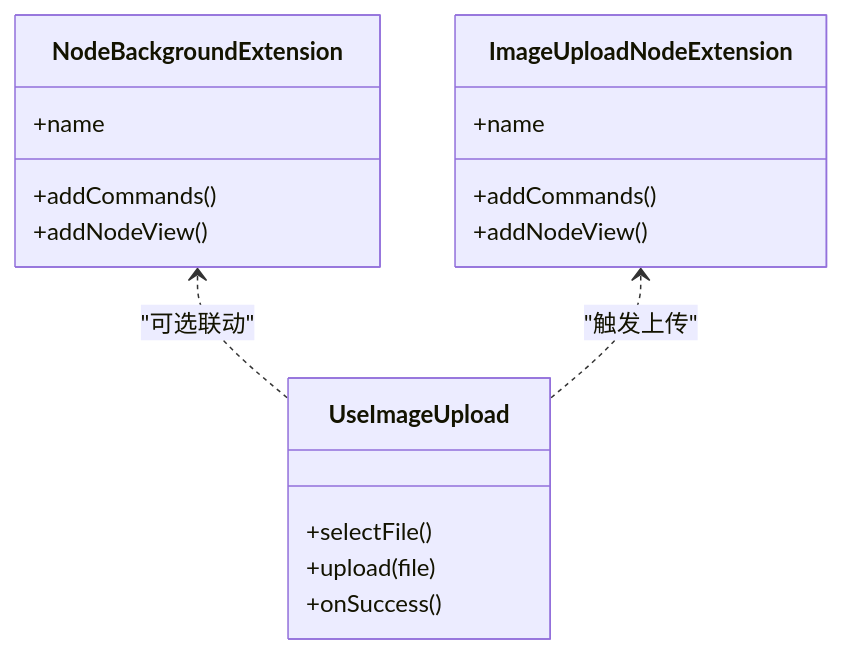
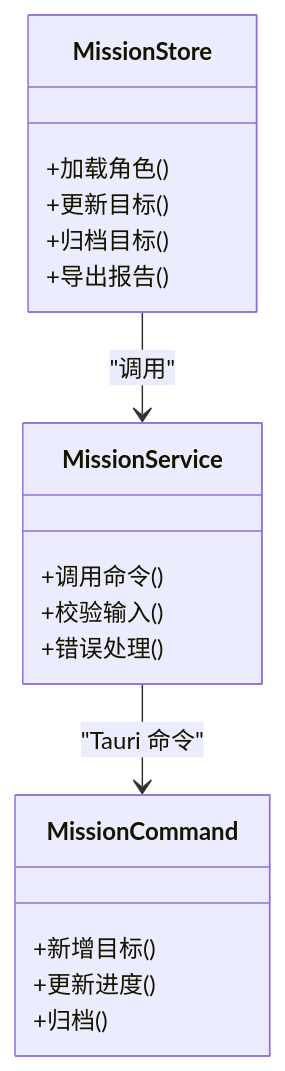
One commit to gzdxhujiale/FishWorker changed the seventh of 11 diagrams in .qoder/repowiki/zh/content/架构设计/架构设计.md. Above: the diagram before and after it, drawn with Mermaid. The commit also changed other lines of this file and 238 other files, not shown here.

````diff
--- a/.qoder/repowiki/zh/content/架构设计/架构设计.md
+++ b/.qoder/repowiki/zh/content/架构设计/架构设计.md
@@ -368,20 +295,21 @@
 ```mermaid
 classDiagram
-class NodeBackgroundExtension {
-+name
-+addCommands()
-+addNodeView()
+class MissionStore {
++加载角色()
++更新目标()
++归档目标()
++导出报告()
 }
-class ImageUploadNodeExtension {
-+name
-+addCommands()
-+addNodeView()
+class MissionService {
++调用命令()
++校验输入()
++错误处理()
 }
-class UseImageUpload {
-+selectFile()
-+upload(file)
-+onSuccess()
+class MissionCommand {
++新增目标()
++更新进度()
++归档()
 }
-NodeBackgroundExtension <.. UseImageUpload : "可选联动"
-ImageUploadNodeExtension <.. UseImageUpload : "触发上传"
+MissionStore --> MissionService : "调用"
+MissionService --> MissionCommand : "Tauri 命令"
 ```
````
